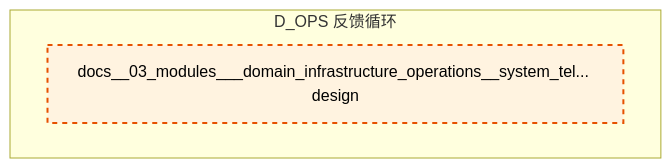
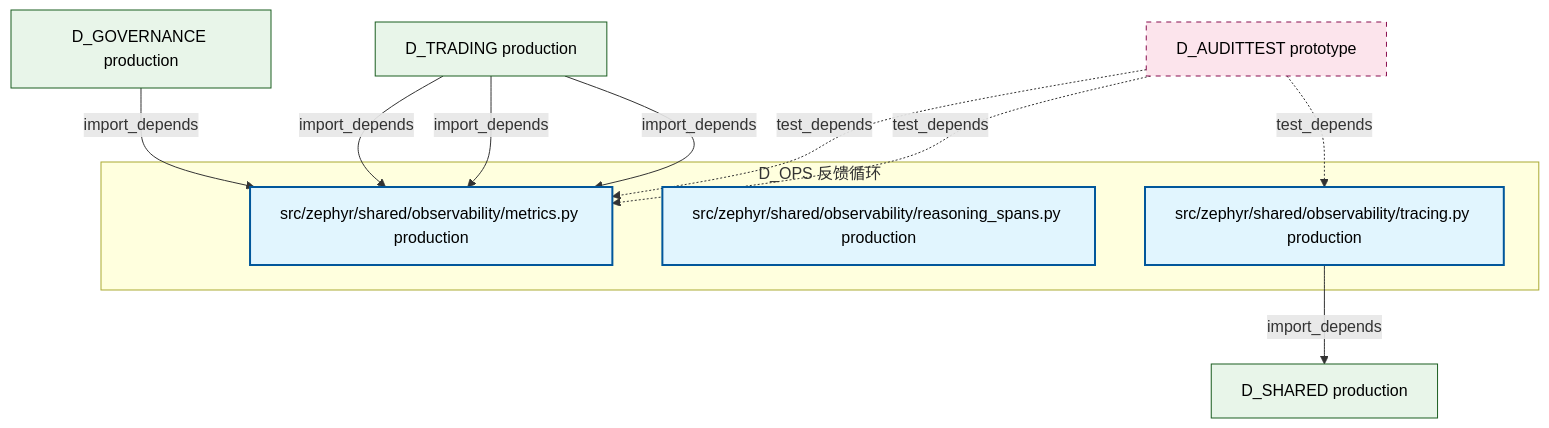
One commit to xuanFelixVan/ZephyrAlpha changed the diagram in docs/02_enterprise_architecture/02_domain_architecture_docs/16_d_ops.md. Above: the diagram before and after it, drawn with Mermaid. The commit also changed other lines of this file and 106 other files, not shown here.

````diff
--- a/docs/02_enterprise_architecture/02_domain_architecture_docs/16_d_ops.md
+++ b/docs/02_enterprise_architecture/02_domain_architecture_docs/16_d_ops.md
@@ -47,11 +47,27 @@
 ```mermaid
 graph TD
     subgraph D_OPS["D_OPS 反馈循环"]
-        docs_03_modules_domain_infrastructure_operations_system_telemetry_blueprint_md["docs__03_modules___domain_infrastructure_operations__system_tel... design"]
+        src_zephyr_shared_observability_metrics_py["src/zephyr/shared/observability/metrics.py production"]
+        src_zephyr_shared_observability_reasoning_spans_py["src/zephyr/shared/observability/reasoning_spans.py production"]
+        src_zephyr_shared_observability_tracing_py["src/zephyr/shared/observability/tracing.py production"]
     end
+    D_SHARED["D_SHARED production"]
+    src_zephyr_shared_observability_tracing_py -->|import_depends| D_SHARED
+    D_AUDITTEST["D_AUDITTEST prototype"]
+    D_AUDITTEST -.->|test_depends| src_zephyr_shared_observability_metrics_py
+    D_AUDITTEST -.->|test_depends| src_zephyr_shared_observability_metrics_py
+    D_TRADING["D_TRADING production"]
+    D_TRADING -->|import_depends| src_zephyr_shared_observability_metrics_py
+    D_TRADING -->|import_depends| src_zephyr_shared_observability_metrics_py
+    D_TRADING -->|import_depends| src_zephyr_shared_observability_metrics_py
+    D_GOVERNANCE["D_GOVERNANCE production"]
+    D_GOVERNANCE -->|import_depends| src_zephyr_shared_observability_metrics_py
+    D_AUDITTEST -.->|test_depends| src_zephyr_shared_observability_tracing_py
     classDef production fill:#e1f5fe,stroke:#01579b,stroke-width:2px,color:#000
     classDef design fill:#fff3e0,stroke:#e65100,stroke-width:2px,color:#000,stroke-dasharray: 5 5
     classDef external_prod fill:#e8f5e9,stroke:#1b5e20,stroke-width:1px,color:#000
     classDef external_design fill:#fce4ec,stroke:#880e4f,stroke-width:1px,color:#000,stroke-dasharray: 5 5
-    class docs_03_modules_domain_infrastructure_operations_system_telemetry_blueprint_md design
+    class src_zephyr_shared_observability_metrics_py,src_zephyr_shared_observability_reasoning_spans_py,src_zephyr_shared_observability_tracing_py production
+    class D_SHARED,D_TRADING,D_GOVERNANCE external_prod
+    class D_AUDITTEST external_design
 ```
````
